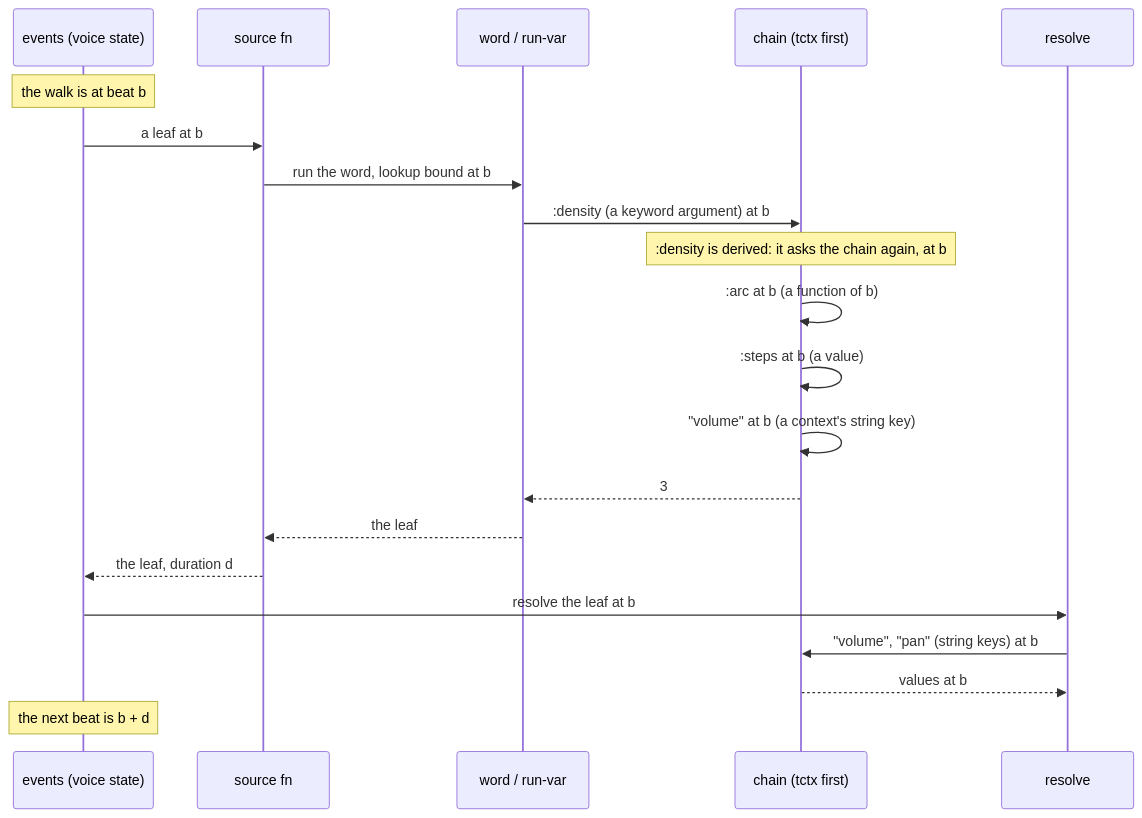
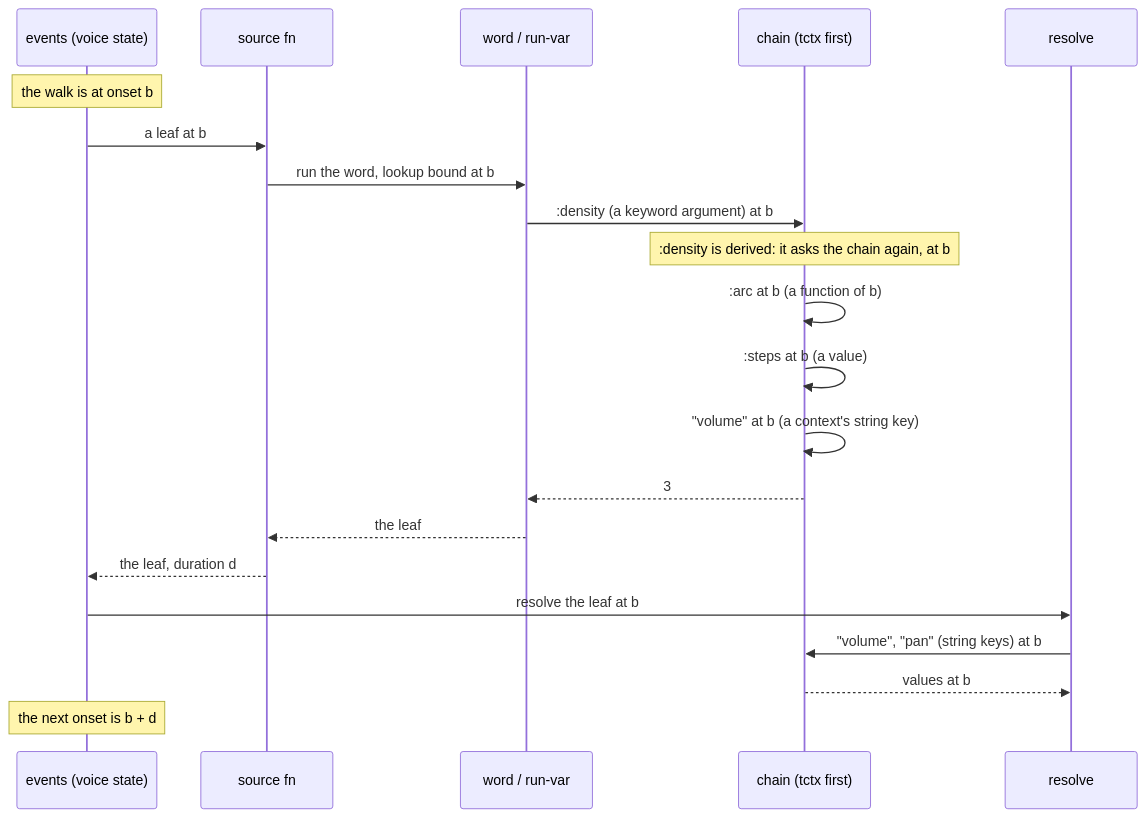
The third of 3 diagrams in doc/md/pull-voice.md (gebdevalk/musics), drawn with Mermaid before and after one commit. The commit also changed other lines of this file and 29 other files, not shown here.

Commit message:
beat is onset: the position a voice that is a function of onset is asked at ($onset, :onset in events, voices and the lookup); beat stays for the meter's beats

````diff
--- a/doc/md/pull-voice.md
+++ b/doc/md/pull-voice.md
@@ -64,24 +64,24 @@
 ```mermaid
 sequenceDiagram
   participant E as events (voice state)
   participant S as source fn
   participant W as word / run-var
   participant C as chain (tctx first)
   participant R as resolve
 
-  Note over E: the walk is at beat b
+  Note over E: the walk is at onset b
   E->>S: a leaf at b
   S->>W: run the word, lookup bound at b
   W->>C: :density (a keyword argument) at b
   Note over C: :density is derived: it asks the chain again, at b
   C->>C: :arc at b (a function of b)
   C->>C: :steps at b (a value)
   C->>C: "volume" at b (a context's string key)
   C-->>W: 3
   W-->>S: the leaf
   S-->>E: the leaf, duration d
   E->>R: resolve the leaf at b
   R->>C: "volume", "pan" (string keys) at b
   C-->>R: values at b
-  Note over E: the next beat is b + d
+  Note over E: the next onset is b + d
 ```
````
